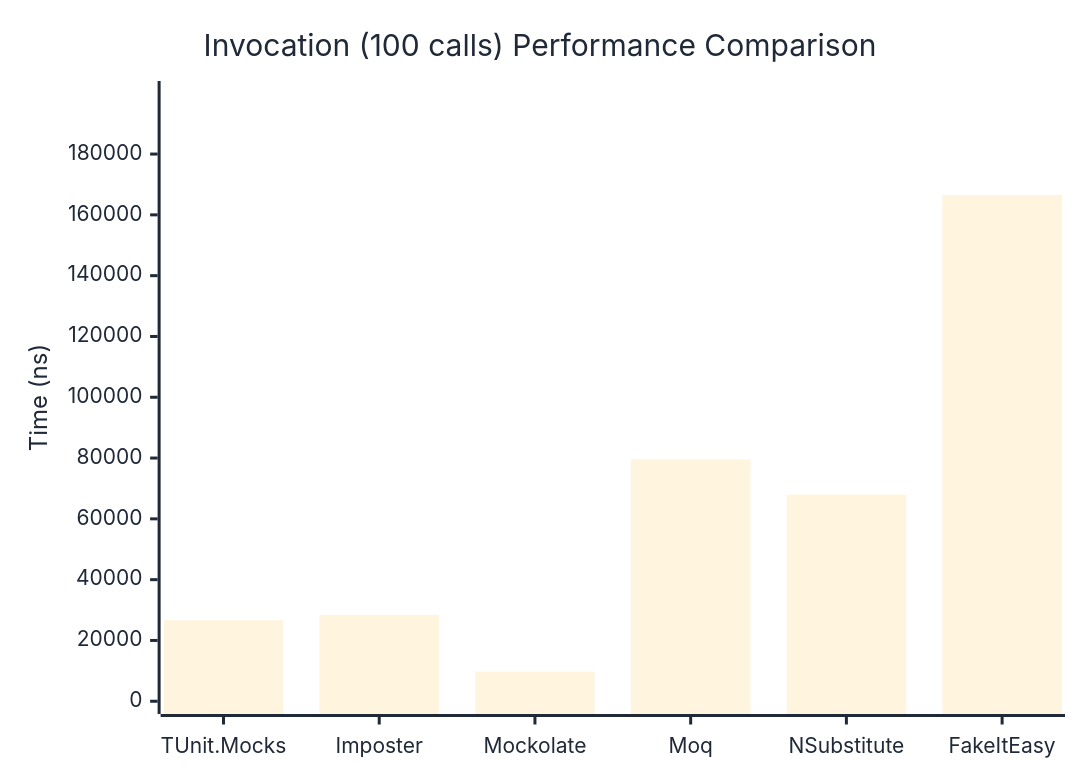
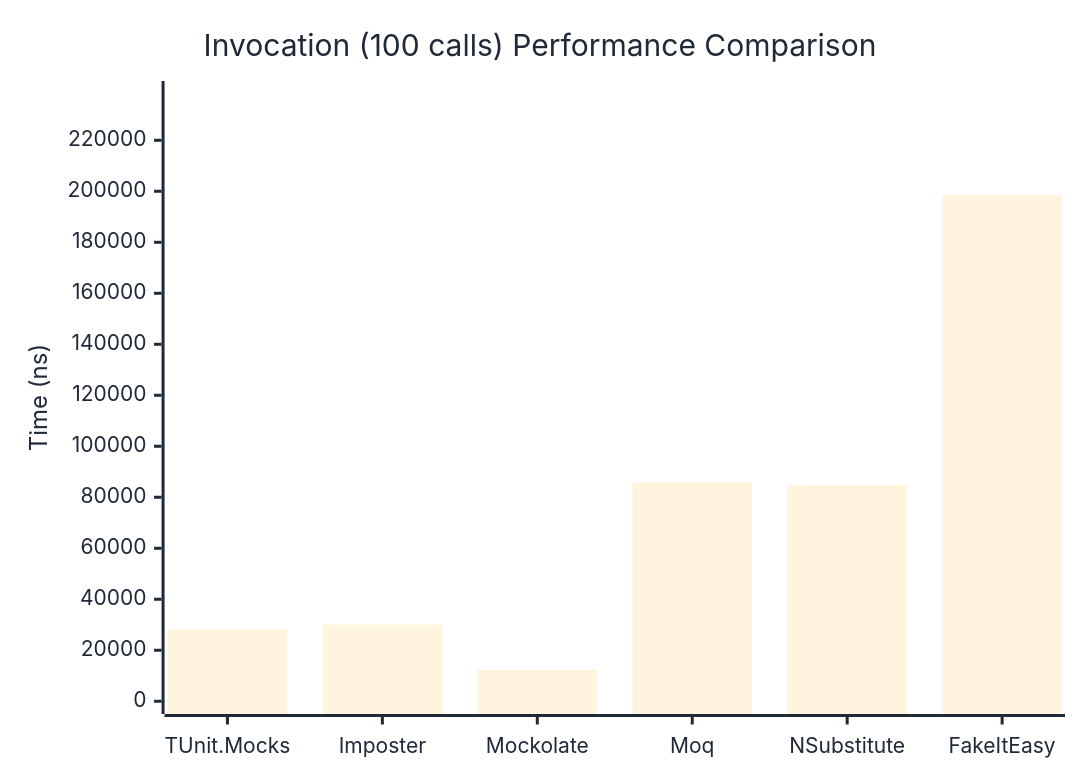
One commit to thomhurst/TUnit changed the third of 3 diagrams in docs/docs/benchmarks/mocks/Invocation.md. Above: the diagram before and after it, drawn with Mermaid. The commit also changed other lines of this file and 14 other files, not shown here.

````diff
--- a/docs/docs/benchmarks/mocks/Invocation.md
+++ b/docs/docs/benchmarks/mocks/Invocation.md
@@ -112,27 +112,27 @@
 ```mermaid
 %%{init: {
   'theme':'base',
   'themeVariables': {
     'primaryColor': '#2563eb',
     'primaryTextColor': '#1f2937',
     'primaryBorderColor': '#1e40af',
     'lineColor': '#6b7280',
     'secondaryColor': '#7c3aed',
     'tertiaryColor': '#dc2626',
     'background': '#ffffff',
     'pie1': '#2563eb',
     'pie2': '#7c3aed',
     'pie3': '#dc2626',
     'pie4': '#f59e0b',
     'pie5': '#10b981',
     'pie6': '#06b6d4',
     'pie7': '#ec4899',
     'pie8': '#6366f1'
   }
 }}%%
 xychart-beta
   title "Invocation (100 calls) Performance Comparison"
   x-axis ["TUnit.Mocks", "Imposter", "Mockolate", "Moq", "NSubstitute", "FakeItEasy"]
-  y-axis "Time (ns)" 0 --> 199841
-  bar [26660.5, 28408.06, 9741, 79583.09, 67980.85, 166533.82]
+  y-axis "Time (ns)" 0 --> 238247
+  bar [28075.3, 30043.1, 12232.2, 85801.2, 84752.3, 198538.8]
 ```
````
